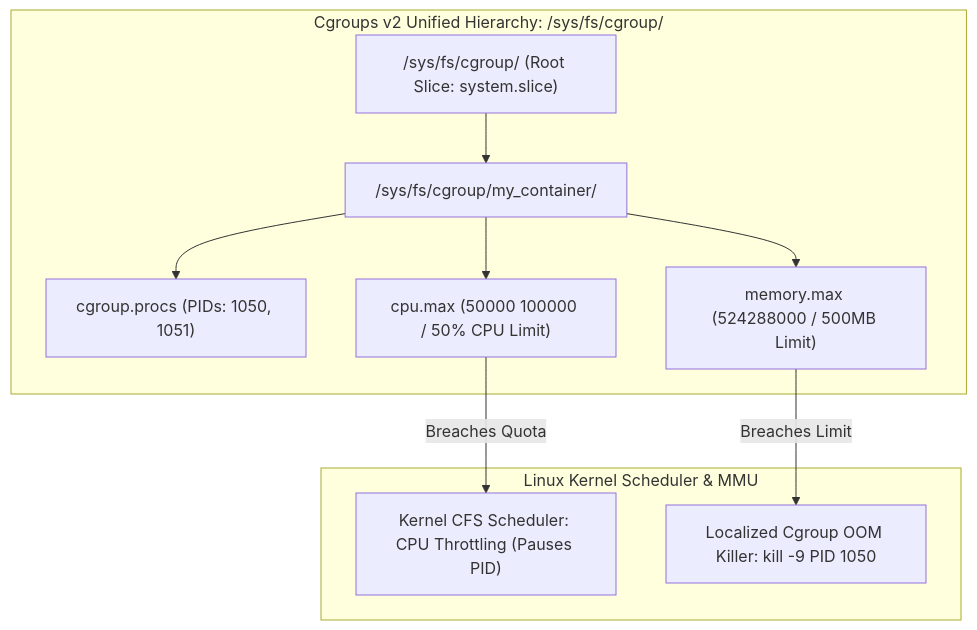
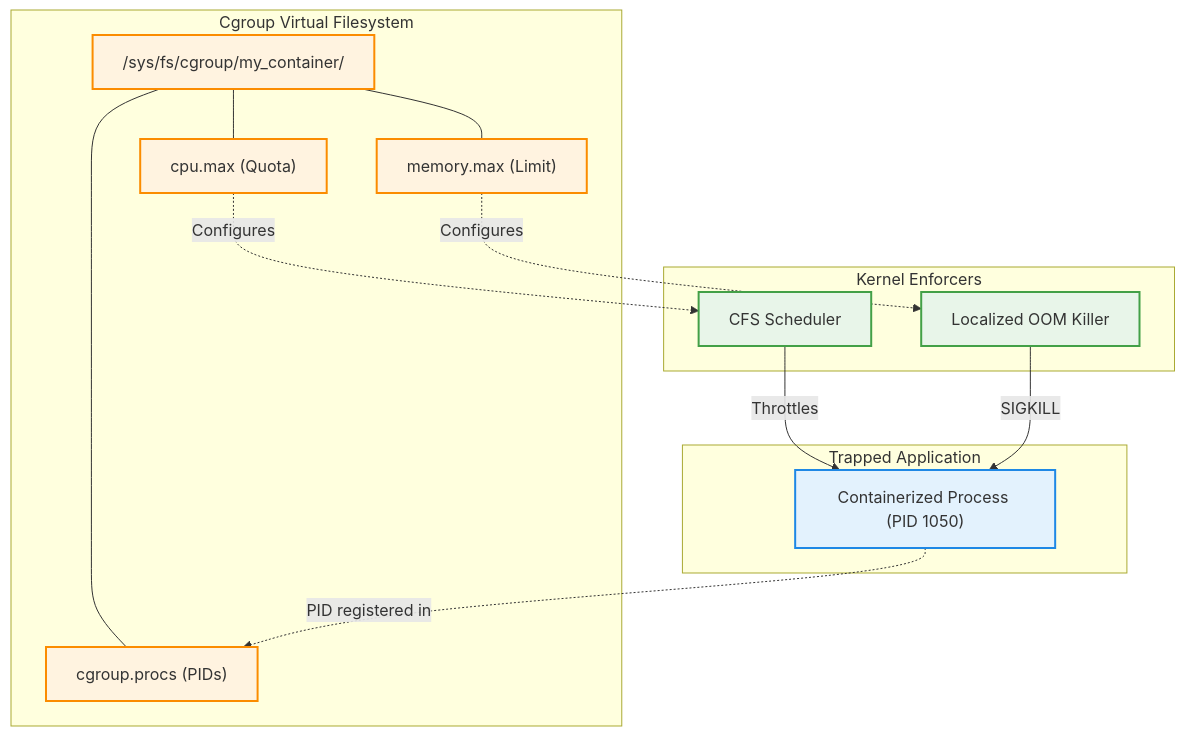
One commit to aloysiuspattath/platform-engineering-ai-course changed the diagram in website/pages/courses/platform-engineering/modules/module-03/lesson-06.md. Above: the diagram before and after it, drawn with Mermaid. The commit also changed 114 other files, not shown here.

Commit message:
refactor: massive swarm diagram review enforcing architectural layers and strict color palette

````diff
--- a/website/pages/courses/platform-engineering/modules/module-03/lesson-06.md
+++ b/website/pages/courses/platform-engineering/modules/module-03/lesson-06.md
@@ -89,14 +89,31 @@
 ```mermaid
 flowchart TD
-    subgraph SysCgroupFS [Cgroups v2 Unified Hierarchy: /sys/fs/cgroup/]
-        ROOT["/sys/fs/cgroup/ (Root Slice: system.slice)"] --> CG_APP["/sys/fs/cgroup/my_container/"]
-        CG_APP --> PROCS["cgroup.procs (PIDs: 1050, 1051)"]
-        CG_APP --> CPU["cpu.max (50000 100000 / 50% CPU Limit)"]
-        CG_APP --> MEM["memory.max (524288000 / 500MB Limit)"]
+    classDef userSpace fill:#e3f2fd,stroke:#1e88e5,stroke-width:2px;
+    classDef kernelSpace fill:#e8f5e9,stroke:#43a047,stroke-width:2px;
+    classDef file fill:#fff3e0,stroke:#fb8c00,stroke-width:2px;
+
+    subgraph VFS [Cgroup Virtual Filesystem]
+        CG_APP["/sys/fs/cgroup/my_container/"]:::file
+        PROCS["cgroup.procs (PIDs)"]:::file
+        CPU["cpu.max (Quota)"]:::file
+        MEM["memory.max (Limit)"]:::file
+        
+        CG_APP --- PROCS & CPU & MEM
     end
 
-    subgraph KernelEnforcement [Linux Kernel Scheduler & MMU]
-        CPU -->|Breaches Quota| THROTTLE["Kernel CFS Scheduler: CPU Throttling (Pauses PID)"]
-        MEM -->|Breaches Limit| CG_OOM["Localized Cgroup OOM Killer: kill -9 PID 1050"]
+    subgraph Process [Trapped Application]
+        APP["Containerized Process (PID 1050)"]:::userSpace
     end
+
+    subgraph Kernel [Kernel Enforcers]
+        CFS["CFS Scheduler"]:::kernelSpace
+        OOM["Localized OOM Killer"]:::kernelSpace
+    end
+
+    APP -.->|PID registered in| PROCS
+    CPU -.->|Configures| CFS
+    MEM -.->|Configures| OOM
+    
+    CFS -->|Throttles| APP
+    OOM -->|SIGKILL| APP
 ```
````
